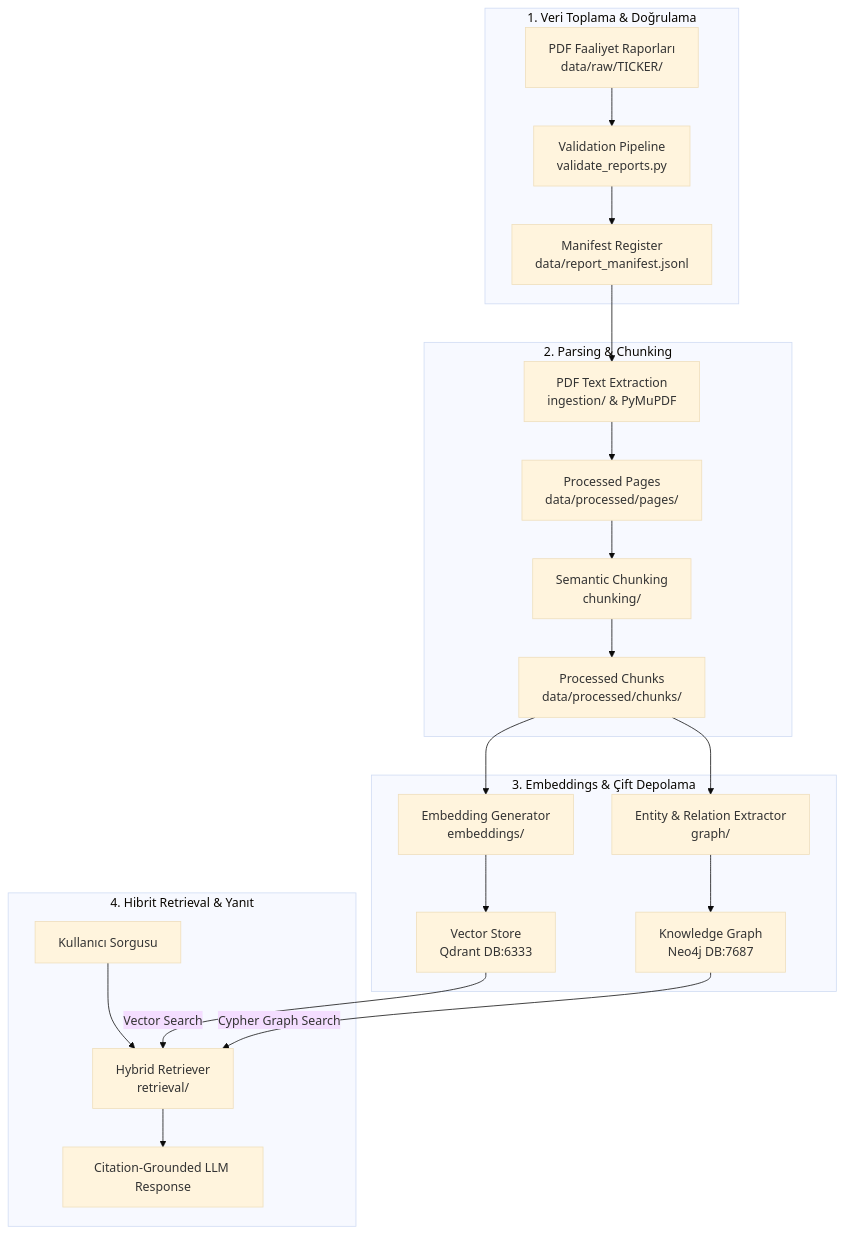
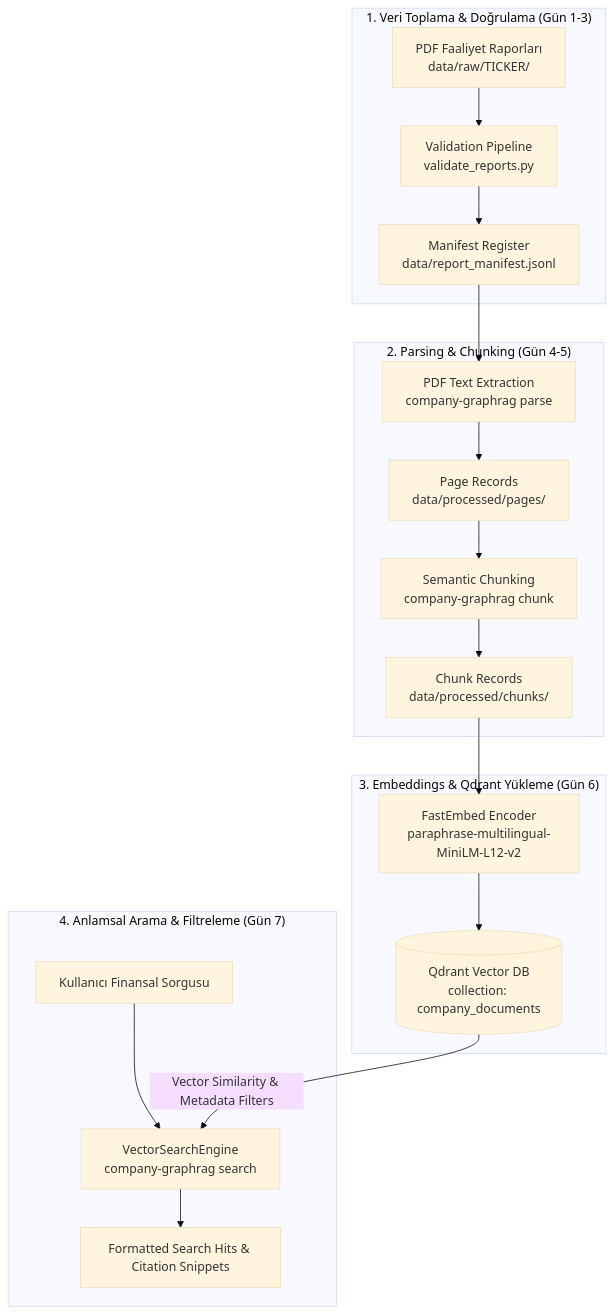
Before and after one commit to ceylanal/company-intelligence-graphrag: the first of 2 diagrams in README.md, drawn with Mermaid (base theme). The commit also changed other lines of this file and 309 other files, not shown here.

Commit message:
feat: add GraphRAG platform and production activation gates

````diff
--- a/README.md
+++ b/README.md
@@ -27,28 +29,25 @@
 ```mermaid
 flowchart TD
-    subgraph DataCollection["1. Veri Toplama & Doğrulama"]
+    subgraph DataCollection["1. Veri Toplama & Doğrulama (Gün 1-3)"]
         A[PDF Faaliyet Raporları<br>data/raw/TICKER/] --> B[Validation Pipeline<br>validate_reports.py]
         B --> C[Manifest Register<br>data/report_manifest.jsonl]
     end
 
-    subgraph IngestionParsing["2. Parsing & Chunking"]
-        C --> D[PDF Text Extraction<br>ingestion/ & PyMuPDF]
-        D --> E[Processed Pages<br>data/processed/pages/]
-        E --> F[Semantic Chunking<br>chunking/]
-        F --> G[Processed Chunks<br>data/processed/chunks/]
+    subgraph IngestionParsing["2. Parsing & Chunking (Gün 4-5)"]
+        C --> D[PDF Text Extraction<br>company-graphrag parse]
+        D --> E[Page Records<br>data/processed/pages/]
+        E --> F[Semantic Chunking<br>company-graphrag chunk]
+        F --> G[Chunk Records<br>data/processed/chunks/]
     end
 
-    subgraph IndexingStorage["3. Embeddings & Çift Depolama"]
-        G --> H[Embedding Generator<br>embeddings/]
-        H --> I[Vector Store<br>Qdrant DB:6333]
-        G --> J[Entity & Relation Extractor<br>graph/]
-        J --> K[Knowledge Graph<br>Neo4j DB:7687]
+    subgraph IndexingStorage["3. Embeddings & Qdrant Yükleme (Gün 6)"]
+        G --> H[FastEmbed Encoder<br>paraphrase-multilingual-MiniLM-L12-v2]
+        H --> I[(Qdrant Vector DB<br>collection: company_documents)]
     end
 
-    subgraph HybridRetrieval["4. Hibrit Retrieval & Yanıt"]
-        L[Kullanıcı Sorgusu] --> M[Hybrid Retriever<br>retrieval/]
-        I -->|Vector Search| M
-        K -->|Cypher Graph Search| M
-        M --> N[Citation-Grounded LLM Response]
+    subgraph SemanticRetrieval["4. Anlamsal Arama & Filtreleme (Gün 7)"]
+        J[Kullanıcı Finansal Sorgusu] --> K[VectorSearchEngine<br>company-graphrag search]
+        I -->|Vector Similarity & Metadata Filters| K
+        K --> L[Formatted Search Hits & Citation Snippets]
     end
 ```
````
